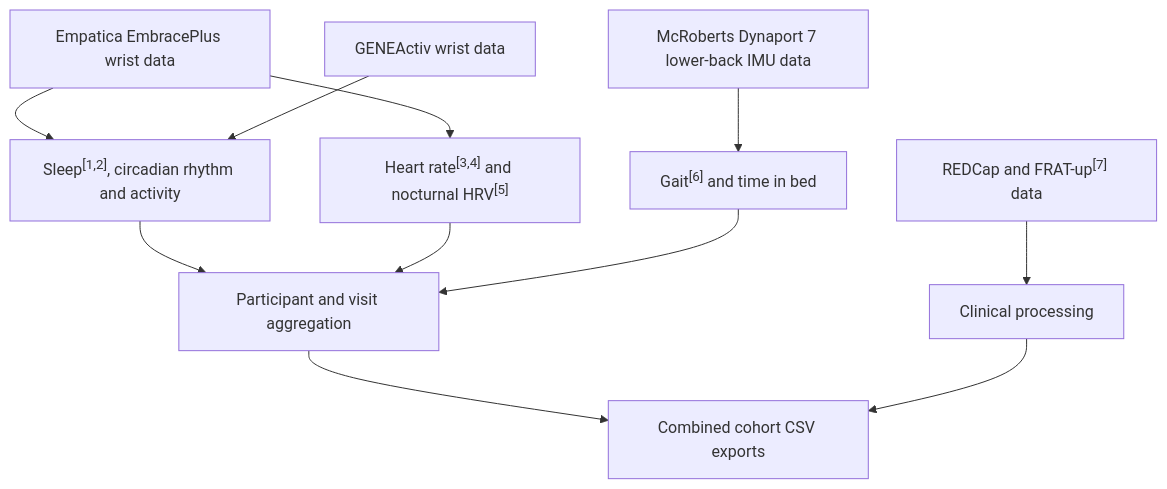
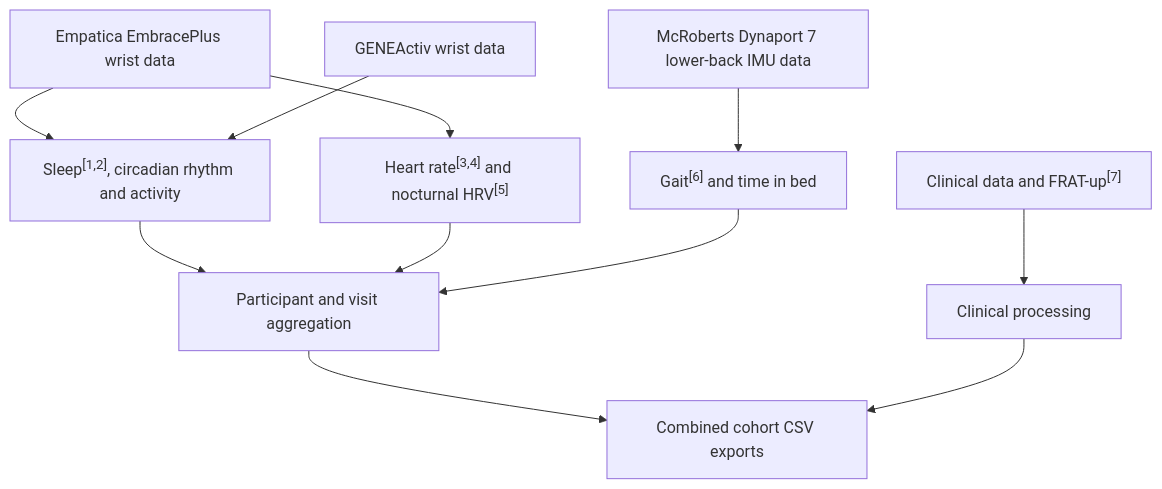
Before and after one commit to marcellosicbaldi/DARE-wearable-pipelines: the diagram in README.md, drawn with Mermaid. The commit also changed other lines of this file and 5 other files, not shown here.

Commit message:
Simplify README and use clinical data terminology

````diff
--- a/README.md
+++ b/README.md
@@ -25,13 +18,13 @@
 ```mermaid
 flowchart TD
     EMP["Empatica EmbracePlus wrist data"] --> WRIST["Sleep<sup>[1,2]</sup>, circadian rhythm and activity"]
     GEN["GENEActiv wrist data"] --> WRIST
     EMP --> CARDIO["Heart rate<sup>[3,4]</sup> and nocturnal HRV<sup>[5]</sup>"]
     IMU["McRoberts Dynaport 7 lower-back IMU data"] --> GAIT["Gait<sup>[6]</sup> and time in bed"]
     WRIST --> AGG["Participant and visit aggregation"]
     CARDIO --> AGG
     GAIT --> AGG
-    CLINICAL["REDCap and FRAT-up<sup>[7]</sup> data"] --> CLIN["Clinical processing"]
+    CLINICAL["Clinical data and FRAT-up<sup>[7]</sup>"] --> CLIN["Clinical processing"]
     AGG --> EXPORT["Combined cohort CSV exports"]
     CLIN --> EXPORT
 ```
````
